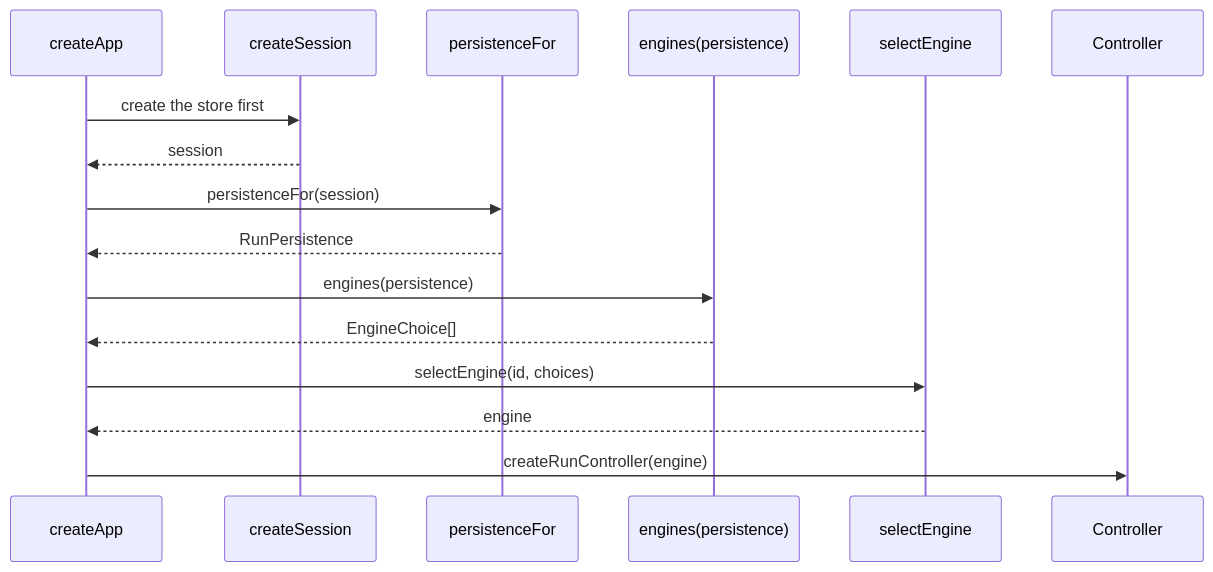
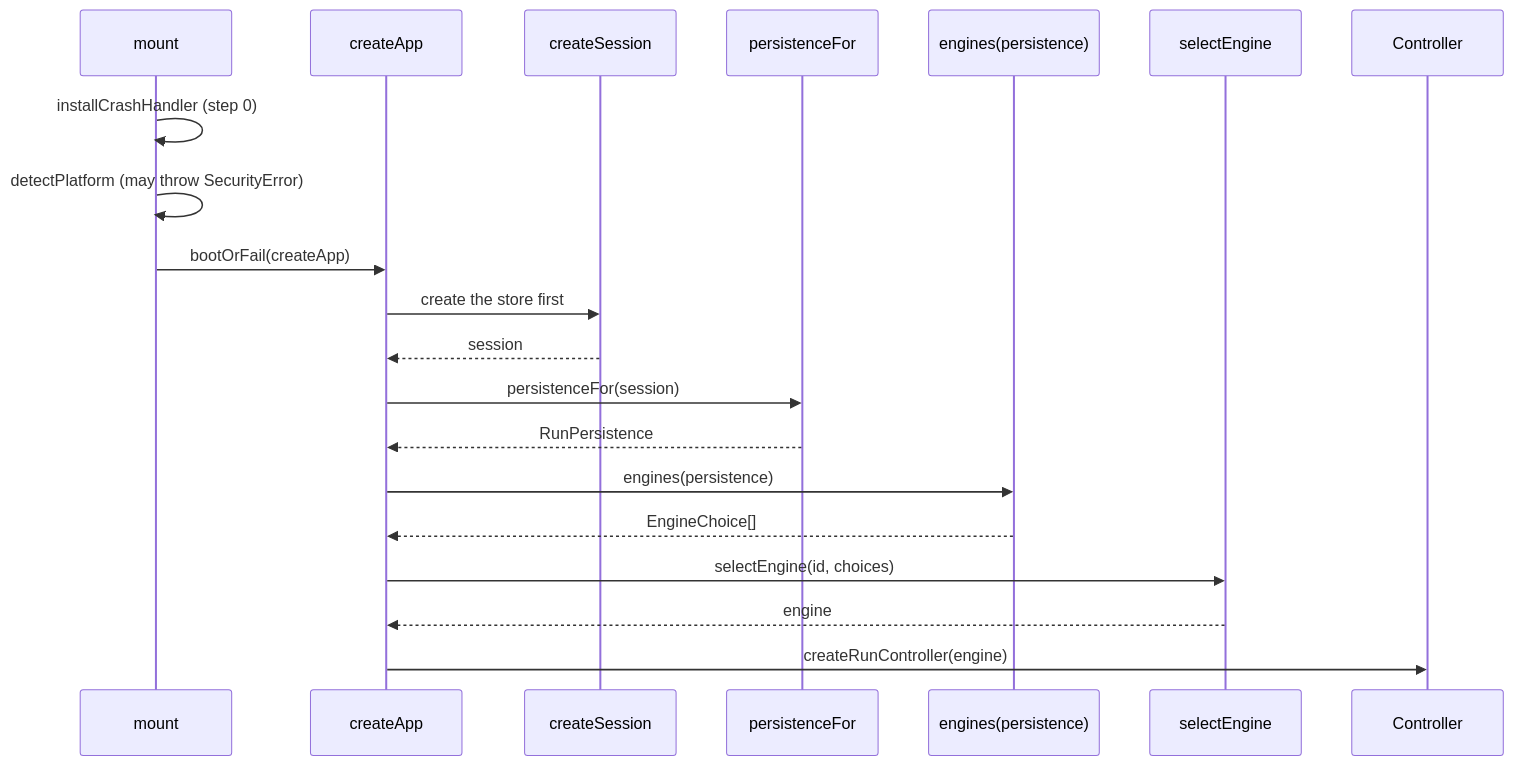
The third of 6 diagrams in docs/features/mobile/architecture.mdx (MervinPraison/PraisonAIDocs), drawn with Mermaid before and after one commit. The commit also changed other lines of this file and 9 other files, not shown here.

````diff
--- a/docs/features/mobile/architecture.mdx
+++ b/docs/features/mobile/architecture.mdx
@@ -133,19 +135,23 @@
 ```mermaid
 sequenceDiagram
+    participant Mount as mount
     participant Boot as createApp
     participant Session as createSession
     participant Bridge as persistenceFor
     participant Factory as engines(persistence)
     participant Engine as selectEngine
     participant Controller
 
+    Mount->>Mount: installCrashHandler (step 0)
+    Mount->>Mount: detectPlatform (may throw SecurityError)
+    Mount->>Boot: bootOrFail(createApp)
     Boot->>Session: create the store first
     Session-->>Boot: session
     Boot->>Bridge: persistenceFor(session)
     Bridge-->>Boot: RunPersistence
     Boot->>Factory: engines(persistence)
     Factory-->>Boot: EngineChoice[]
     Boot->>Engine: selectEngine(id, choices)
     Engine-->>Boot: engine
     Boot->>Controller: createRunController(engine)
 ```
````
